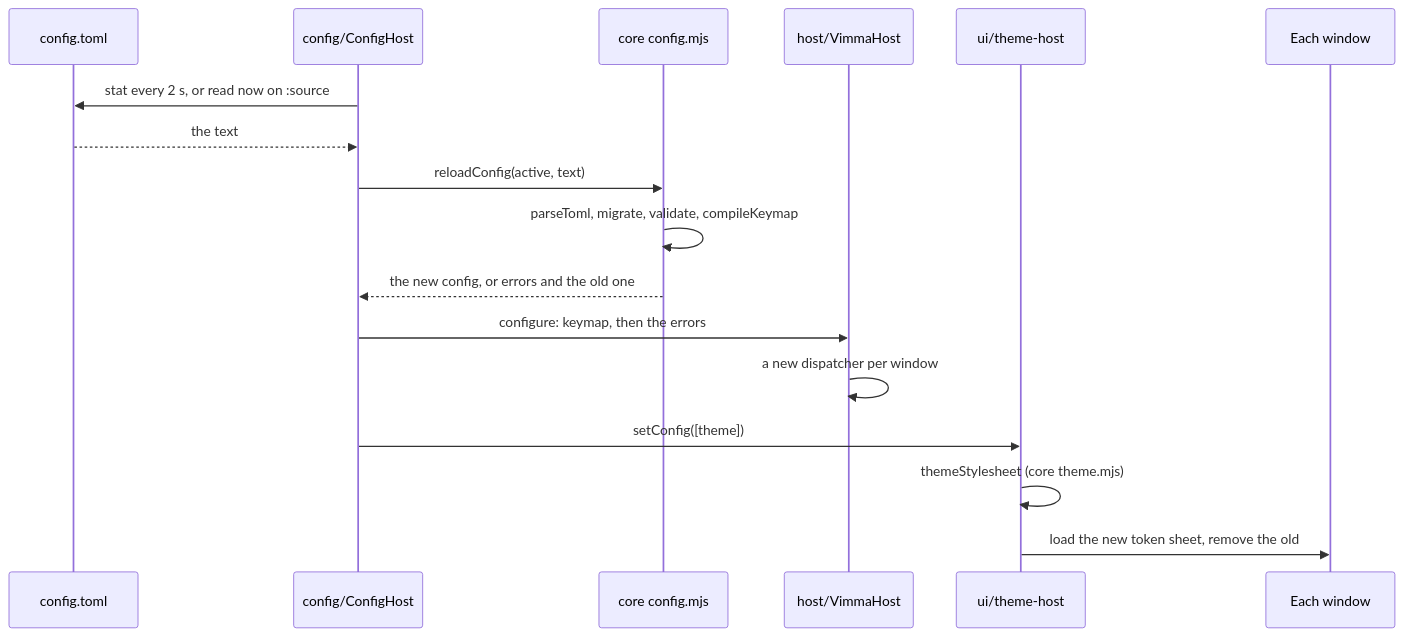
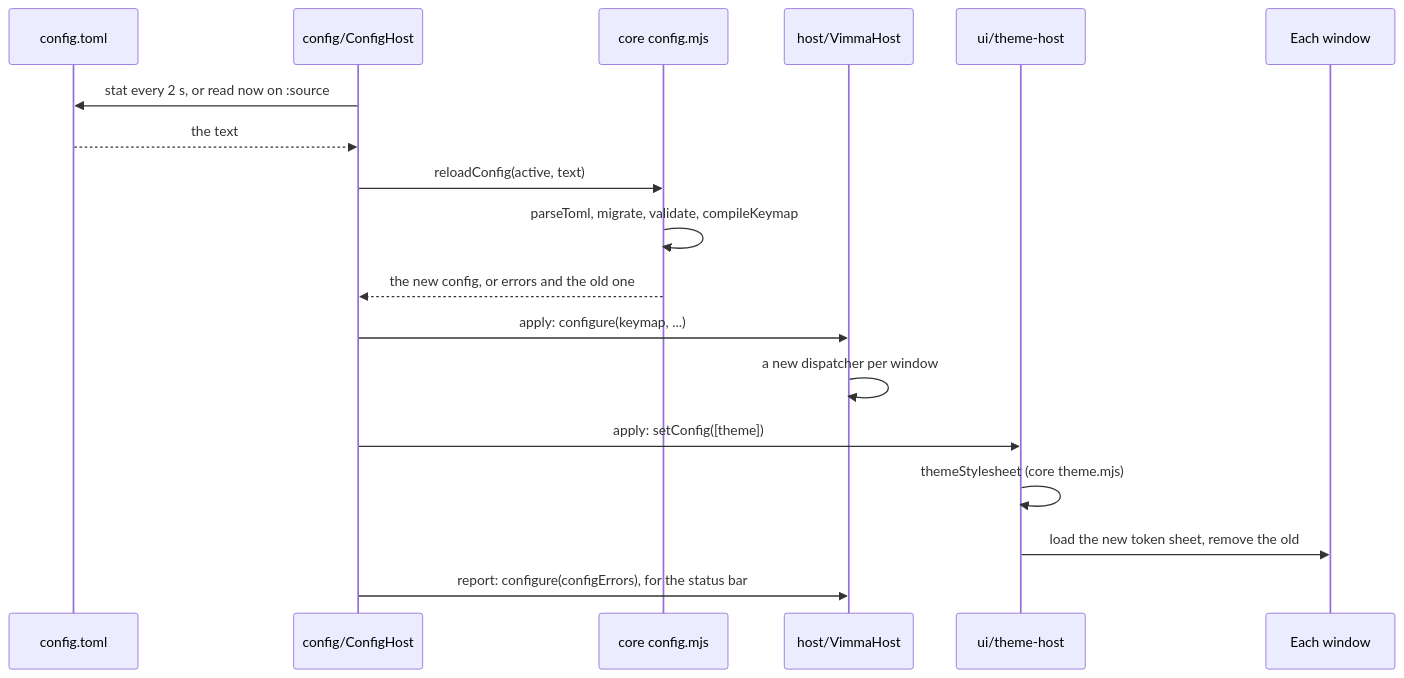
One commit to vimma-browser/vimma changed the diagram in docs/architecture/config-and-theme.md. Above: the diagram before and after it, drawn with Mermaid. The commit also changed other lines of this file and 3 other files, not shown here.

First line of the commit message:
docs: correct the second architecture walkthroughs after review

````diff
--- a/docs/architecture/config-and-theme.md
+++ b/docs/architecture/config-and-theme.md
@@ -18,19 +18,20 @@
 ```mermaid
 sequenceDiagram
   participant File as config.toml
   participant CH as config/ConfigHost
   participant Core as core config.mjs
   participant Host as host/VimmaHost
   participant TH as ui/theme-host
   participant Win as Each window
   CH->>File: stat every 2 s, or read now on :source
   File-->>CH: the text
   CH->>Core: reloadConfig(active, text)
   Core->>Core: parseToml, migrate, validate, compileKeymap
   Core-->>CH: the new config, or errors and the old one
-  CH->>Host: configure: keymap, then the errors
+  CH->>Host: apply: configure(keymap, ...)
   Host->>Host: a new dispatcher per window
-  CH->>TH: setConfig([theme])
+  CH->>TH: apply: setConfig([theme])
   TH->>TH: themeStylesheet (core theme.mjs)
   TH->>Win: load the new token sheet, remove the old
+  CH->>Host: report: configure(configErrors), for the status bar
 ```
````
